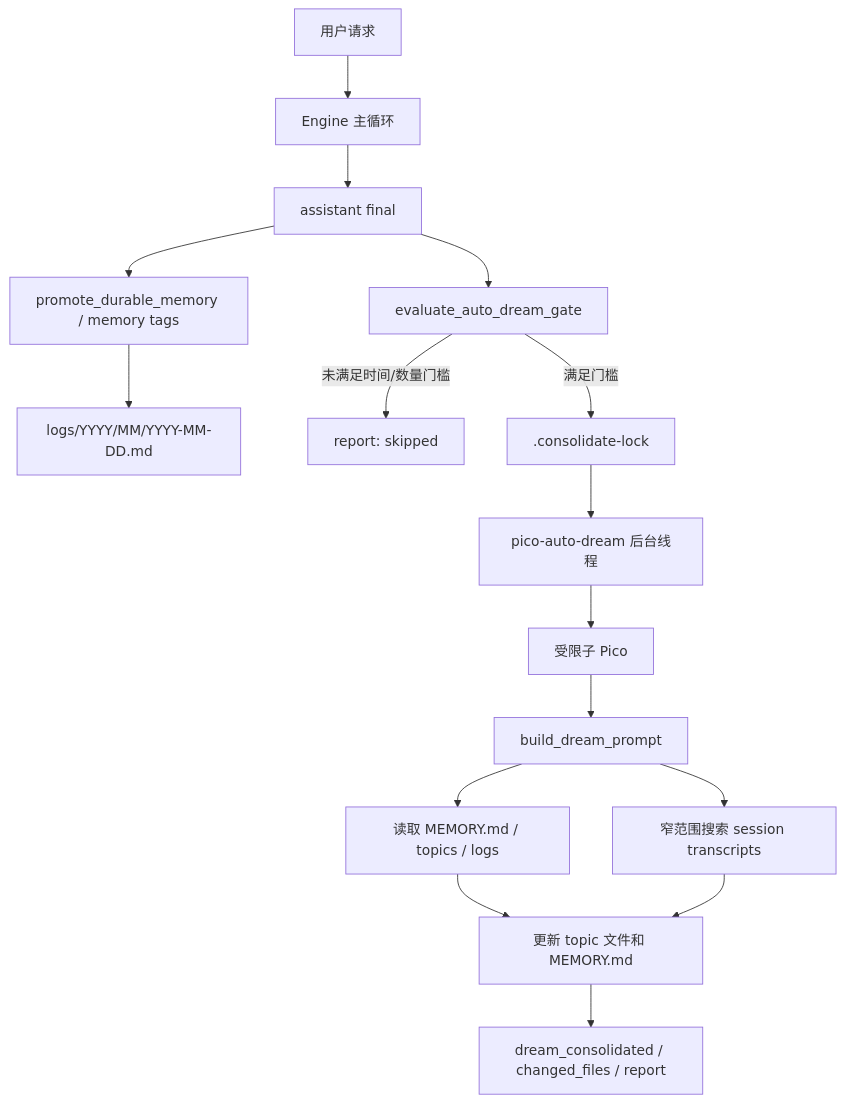
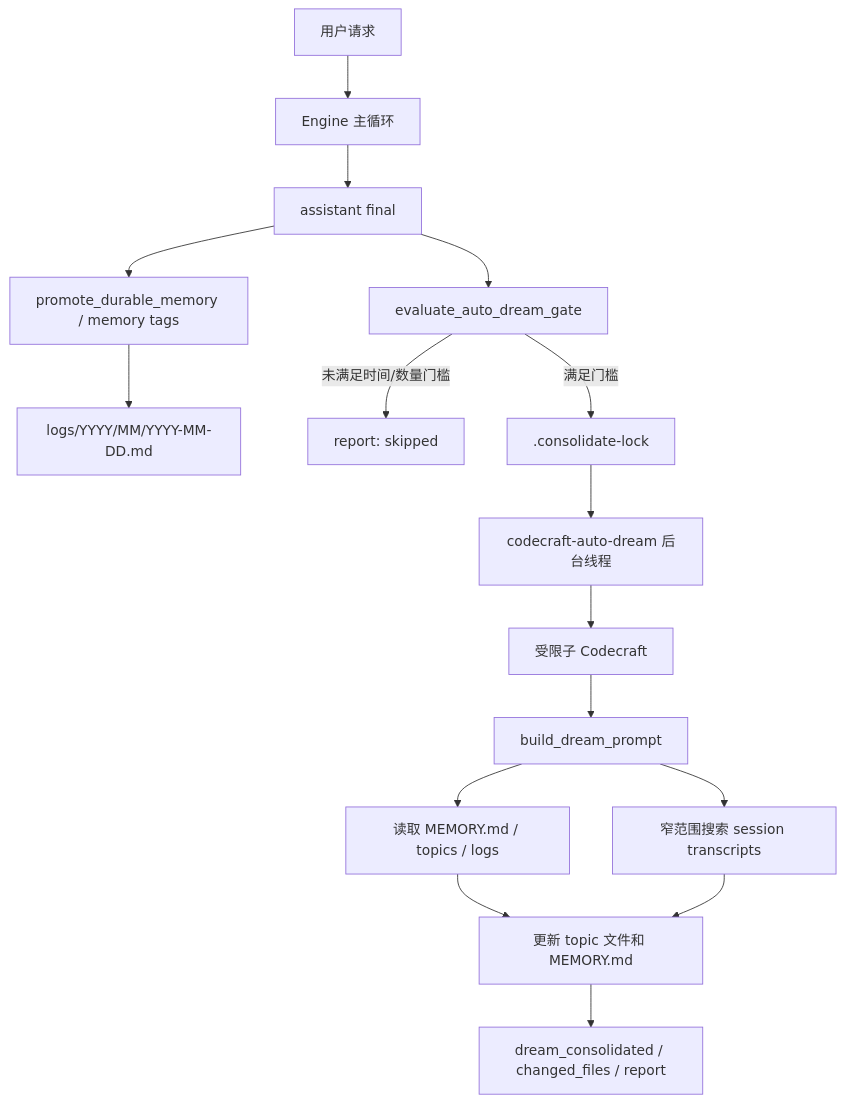
One commit to hj05-coder/code-craft changed the diagram in release/v3/learning/11-dream-memory-consolidation.md. Above: the diagram before and after it, drawn with Mermaid. The commit also changed other lines of this file and 143 other files, not shown here.

````diff
--- a/release/v3/learning/11-dream-memory-consolidation.md
+++ b/release/v3/learning/11-dream-memory-consolidation.md
@@ -70,18 +70,18 @@
 ```mermaid
 flowchart TD
     U["用户请求"] --> E["Engine 主循环"]
     E --> F["assistant final"]
     F --> P["promote_durable_memory / memory tags"]
     P --> L["logs/YYYY/MM/YYYY-MM-DD.md"]
     F --> G["evaluate_auto_dream_gate"]
     G -->|未满足时间/数量门槛| R["report: skipped"]
     G -->|满足门槛| K[".consolidate-lock"]
-    K --> T["pico-auto-dream 后台线程"]
-    T --> C["受限子 Pico"]
+    K --> T["codecraft-auto-dream 后台线程"]
+    T --> C["受限子 Codecraft"]
     C --> DP["build_dream_prompt"]
     DP --> M["读取 MEMORY.md / topics / logs"]
     DP --> S["窄范围搜索 session transcripts"]
     M --> W["更新 topic 文件和 MEMORY.md"]
     S --> W
     W --> O["dream_consolidated / changed_files / report"]
 ```
````
